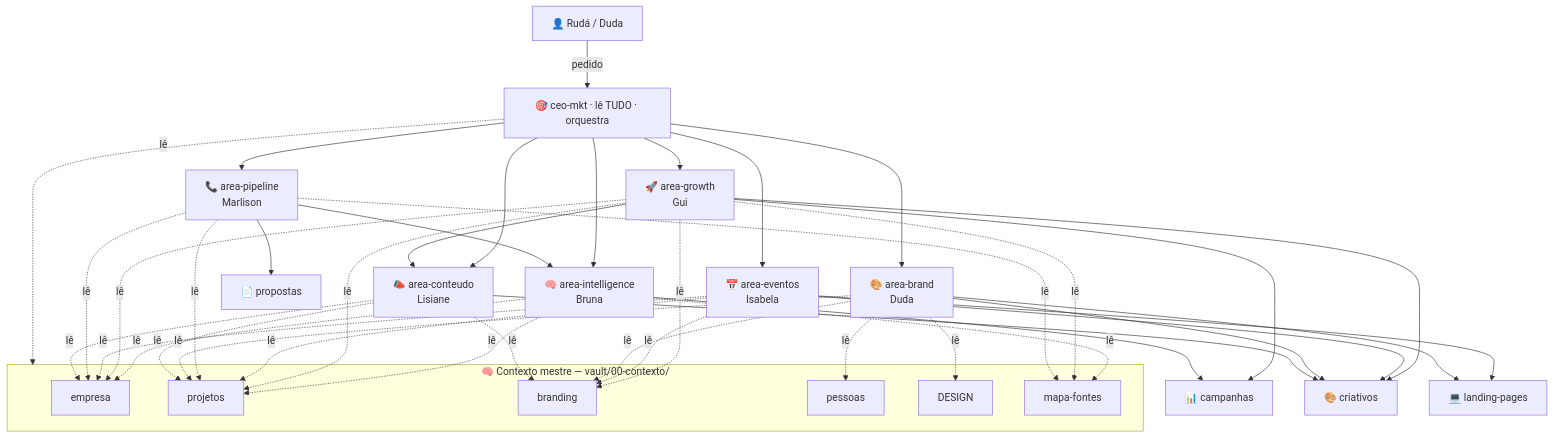
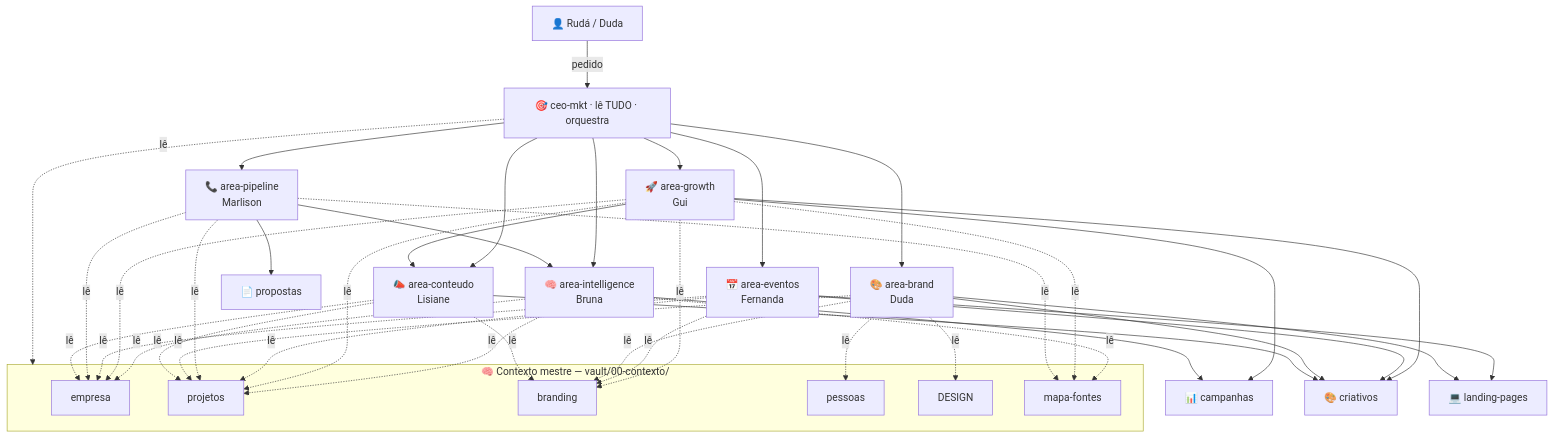
The diagram in vault/agentes/_mapa-contexto.md (RudaCosta/epiuse-mkt-office), drawn with Mermaid before and after one commit. The commit also changed other lines of this file and 29 other files, not shown here.

````diff
--- a/vault/agentes/_mapa-contexto.md
+++ b/vault/agentes/_mapa-contexto.md
@@ -7,34 +7,34 @@
 ```mermaid
 graph TD
     H[👤 Rudá / Duda] -->|pedido| CEO
 
     subgraph MESTRE["🧠 Contexto mestre — vault/00-contexto/"]
         EMP[empresa]; PRJ[projetos]; BRD[branding]; PES[pessoas]; DSG[DESIGN]; MAP[mapa-fontes]
     end
 
     CEO[🎯 ceo-mkt · lê TUDO · orquestra]
 
     CEO --> AI[🧠 area-intelligence<br/>Bruna]
     CEO --> AG[🚀 area-growth<br/>Gui]
-    CEO --> AE[📅 area-eventos<br/>Isabela]
+    CEO --> AE[📅 area-eventos<br/>Fernanda]
     CEO --> AP[📞 area-pipeline<br/>Marlison]
     CEO --> AB[🎨 area-brand<br/>Duda]
     CEO --> AC[📣 area-conteudo<br/>Lisiane]
 
     AG --> CAM & CRI & AC
     AE --> CRI & LP
     AP --> PRO & AI
     AB --> CRI & LP
     AC --> CRI
     AI --> CAM
 
     CRI[🎨 criativos]; LP[💻 landing-pages]; PRO[📄 propostas]; CAM[📊 campanhas]
 
     CEO -.lê.-> MESTRE
     AI -.lê.-> EMP & PRJ & MAP
     AG -.lê.-> EMP & PRJ & BRD & MAP
     AE -.lê.-> EMP & PRJ & BRD
     AP -.lê.-> EMP & PRJ & MAP
     AB -.lê.-> BRD & PES & DSG & PRJ
     AC -.lê.-> BRD & EMP & PRJ
 ```
````
